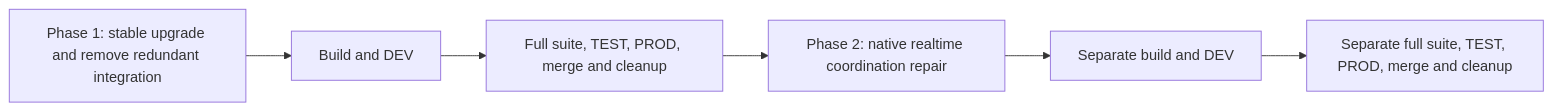
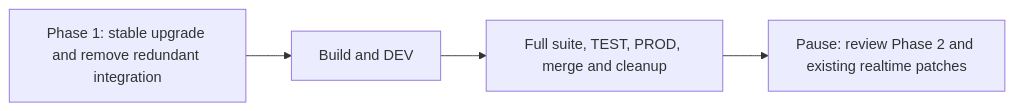
One commit to coletaylor788/puddles changed the first of 2 diagrams in docs/plans/voice-consultation-through-agent-turn.md. Above: the diagram before and after it, drawn with Mermaid. The commit also changed other lines of this file and 5 other files, not shown here.

````diff
--- a/docs/plans/voice-consultation-through-agent-turn.md
+++ b/docs/plans/voice-consultation-through-agent-turn.md
@@ -19,8 +19,6 @@
 ```mermaid
 flowchart LR
   U[Phase 1: stable upgrade and remove redundant integration] --> D[Build and DEV]
   D --> P[Full suite, TEST, PROD, merge and cleanup]
-  P --> V[Phase 2: native realtime coordination repair]
-  V --> D2[Separate build and DEV]
-  D2 --> P2[Separate full suite, TEST, PROD, merge and cleanup]
+  P --> V[Pause: review Phase 2 and existing realtime patches]
 ```
````
